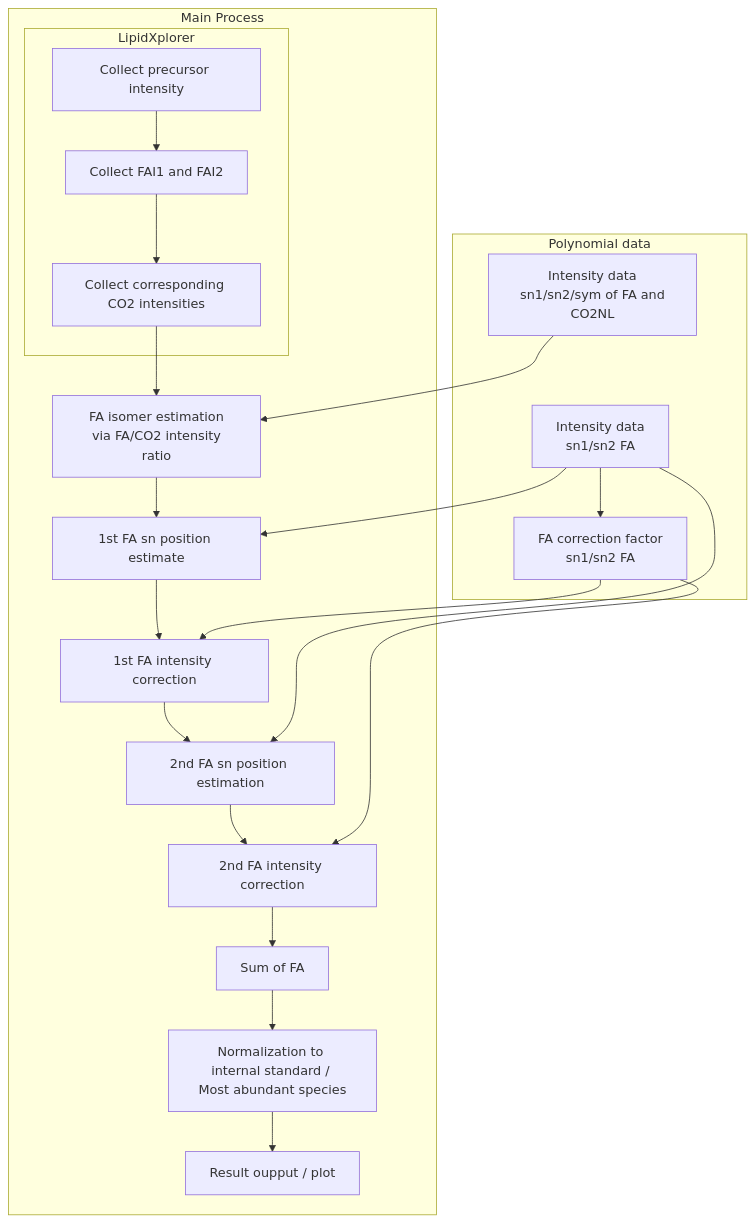
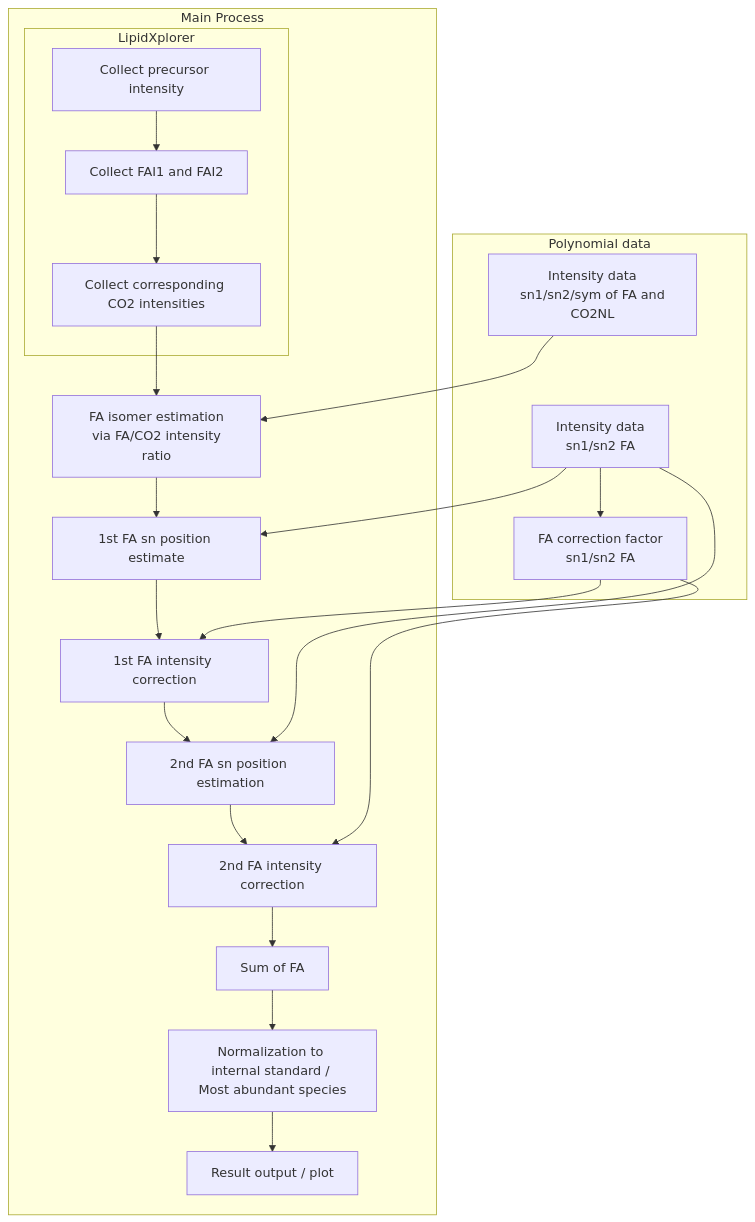
One commit to lifs-tools/LipidXte2 changed the first of 2 diagrams in core_app/doc/workflow.md. Above: the diagram before and after it, drawn with Mermaid. The commit also changed other lines of this file, not shown here.

````diff
--- a/core_app/doc/workflow.md
+++ b/core_app/doc/workflow.md
@@ -93,24 +105,24 @@
 ```mermaid
 graph TD;
   subgraph Main Process
      subgraph "LipidXplorer"
         A["Collect precursor intensity"]-->B["Collect FAI1 and FAI2"];
         B-->C["Collect corresponding CO2 intensities"];
      end
      C--> D["FA isomer estimation\n via FA/CO2 intensity ratio"];      
      D-->E["1st FA sn position estimate"];
      E-->F["1st FA intensity correction"];
      F-->G["2nd FA sn position estimation"];
      G-->H["2nd FA intensity correction"];
      H-->I["Sum of FA"];
      I-->J["Normalization to internal standard / \nMost abundant species"];
-     J-->K["Result oupput / plot"];
+     J-->K["Result output / plot"];
  
   end
   subgraph polyDB [Polynomial data]
     PA[Intensity data\n sn1/sn2/sym of FA and CO2NL]~~~ PB
     PB[Intensity data\n sn1/sn2 FA]--> PC & E & G
     PC[FA correction factor\n sn1/sn2 FA]-->H & F
     PA-->D
   end
 ```
````
